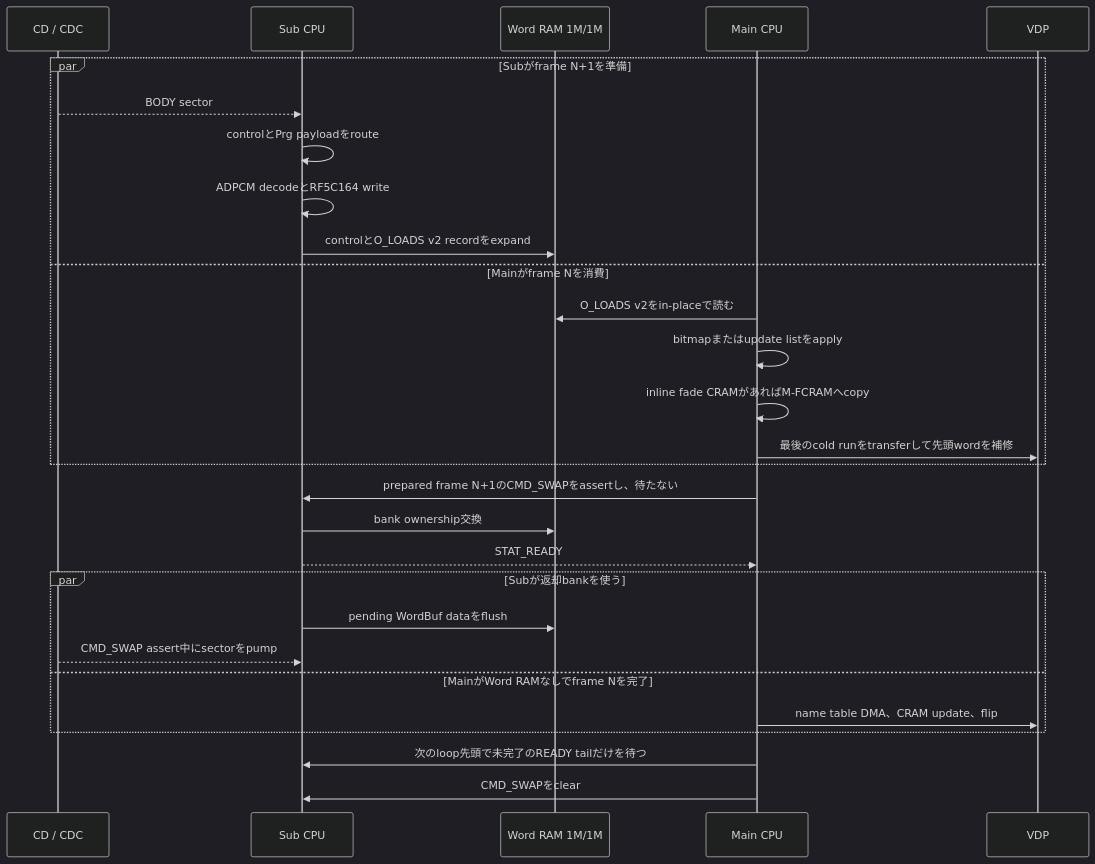
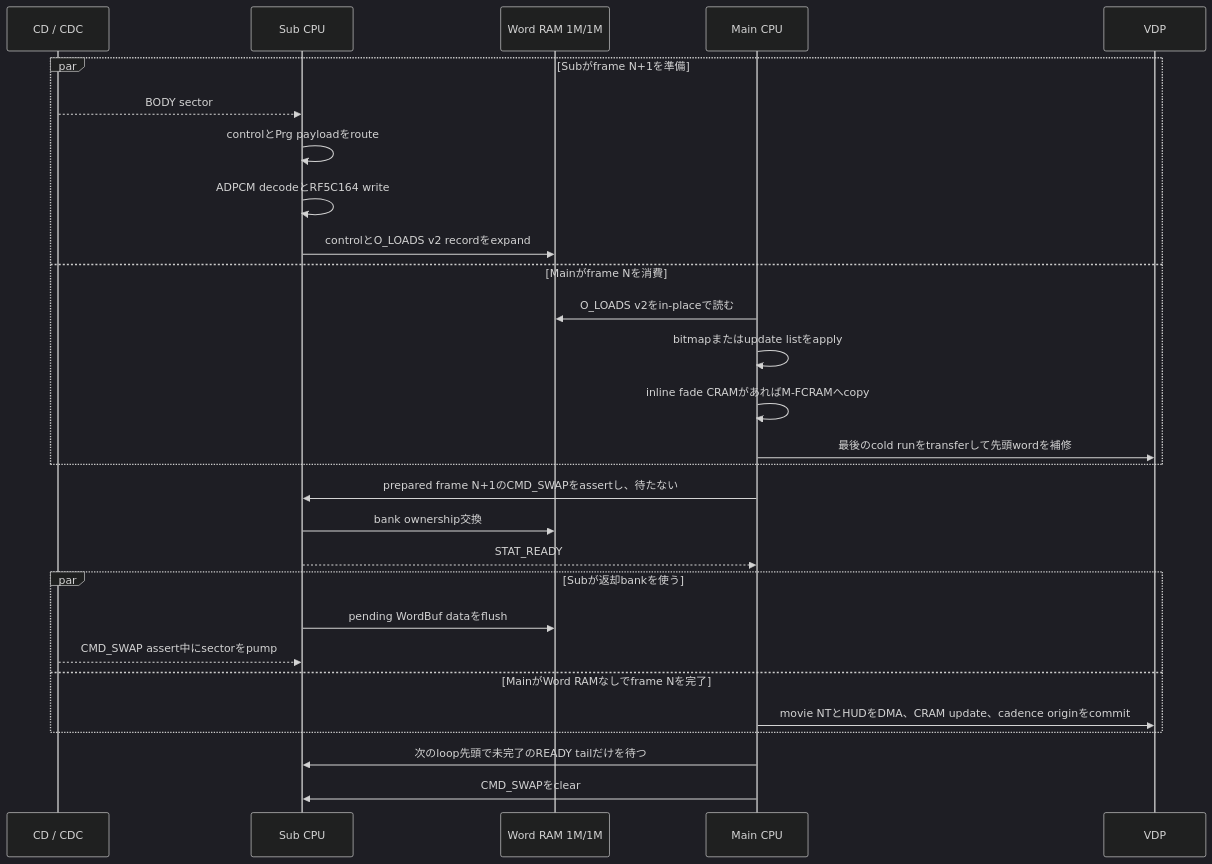
One commit to akiyan/segacd-fmv-cavc changed the fourth of 4 diagrams in PLAYER.md. Above: the diagram before and after it, drawn with Mermaid (dark theme). The commit also changed other lines of this file and 8 other files, not shown here.

````diff
--- a/PLAYER.md
+++ b/PLAYER.md
@@ -672,34 +722,34 @@
 ```mermaid
 sequenceDiagram
     participant CD as CD / CDC
     participant S as Sub CPU
     participant W as Word RAM 1M/1M
     participant M as Main CPU
     participant V as VDP
 
     par Subがframe N+1を準備
         CD-->>S: BODY sector
         S->>S: controlとPrg payloadをroute
         S->>S: ADPCM decodeとRF5C164 write
         S->>W: controlとO_LOADS v2 recordをexpand
     and Mainがframe Nを消費
         M->>W: O_LOADS v2をin-placeで読む
         M->>M: bitmapまたはupdate listをapply
         M->>M: inline fade CRAMがあればM-FCRAMへcopy
         M->>V: 最後のcold runをtransferして先頭wordを補修
     end
 
     M->>S: prepared frame N+1のCMD_SWAPをassertし、待たない
     S->>W: bank ownership交換
     S-->>M: STAT_READY
 
     par Subが返却bankを使う
         S->>W: pending WordBuf dataをflush
         CD-->>S: CMD_SWAP assert中にsectorをpump
     and MainがWord RAMなしでframe Nを完了
-        M->>V: name table DMA、CRAM update、flip
+        M->>V: movie NTとHUDをDMA、CRAM update、cadence originをcommit
     end
 
     M->>S: 次のloop先頭で未完了のREADY tailだけを待つ
     M->>S: CMD_SWAPをclear
 ```
````
